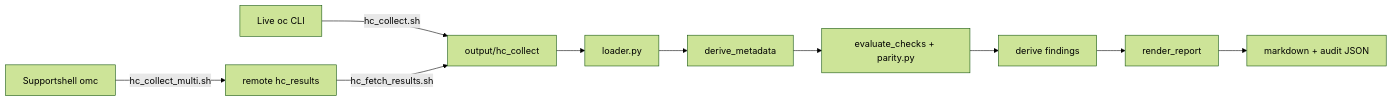
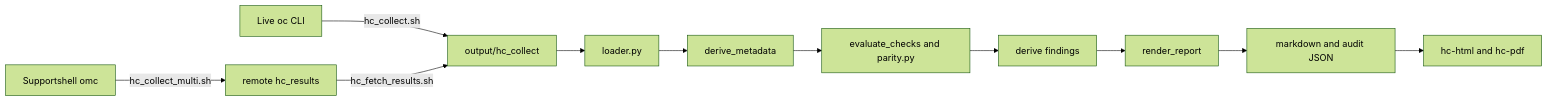
One commit to stratus-ss/arch-design-doc-generator changed the third of 3 diagrams in docs/ARCHITECTURE.md. Above: the diagram before and after it, drawn with Mermaid (forest theme). The commit also changed other lines of this file and 13 other files, not shown here.

First line of the commit message:
docs: align Health Check code flow with collect 03–12 and the report engine

````diff
--- a/docs/ARCHITECTURE.md
+++ b/docs/ARCHITECTURE.md
@@ -84,12 +86,13 @@
 ```mermaid
 flowchart LR
-    Live[Live oc CLI] -->|hc_collect.sh| CollectOut[output/hc_collect]
-    MG[Supportshell omc] -->|hc_collect_multi.sh| Remote[remote hc_results]
-    Remote -->|hc_fetch_results.sh| CollectOut
-    CollectOut --> Loader[loader.py]
-    Loader --> Meta[derive_metadata]
-    Meta --> Evaluate[evaluate_checks + parity.py]
-    Evaluate --> Findings[derive findings]
-    Findings --> Renderer[render_report]
-    Renderer --> ReportMd[markdown + audit JSON]
+    Live["Live oc CLI"] -->|"hc_collect.sh"| CollectOut["output/hc_collect"]
+    MG["Supportshell omc"] -->|"hc_collect_multi.sh"| Remote["remote hc_results"]
+    Remote -->|"hc_fetch_results.sh"| CollectOut
+    CollectOut --> Loader["loader.py"]
+    Loader --> Meta["derive_metadata"]
+    Meta --> Evaluate["evaluate_checks and parity.py"]
+    Evaluate --> Findings["derive findings"]
+    Findings --> Renderer["render_report"]
+    Renderer --> ReportMd["markdown and audit JSON"]
+    ReportMd --> Export["hc-html and hc-pdf"]
 ```
````
